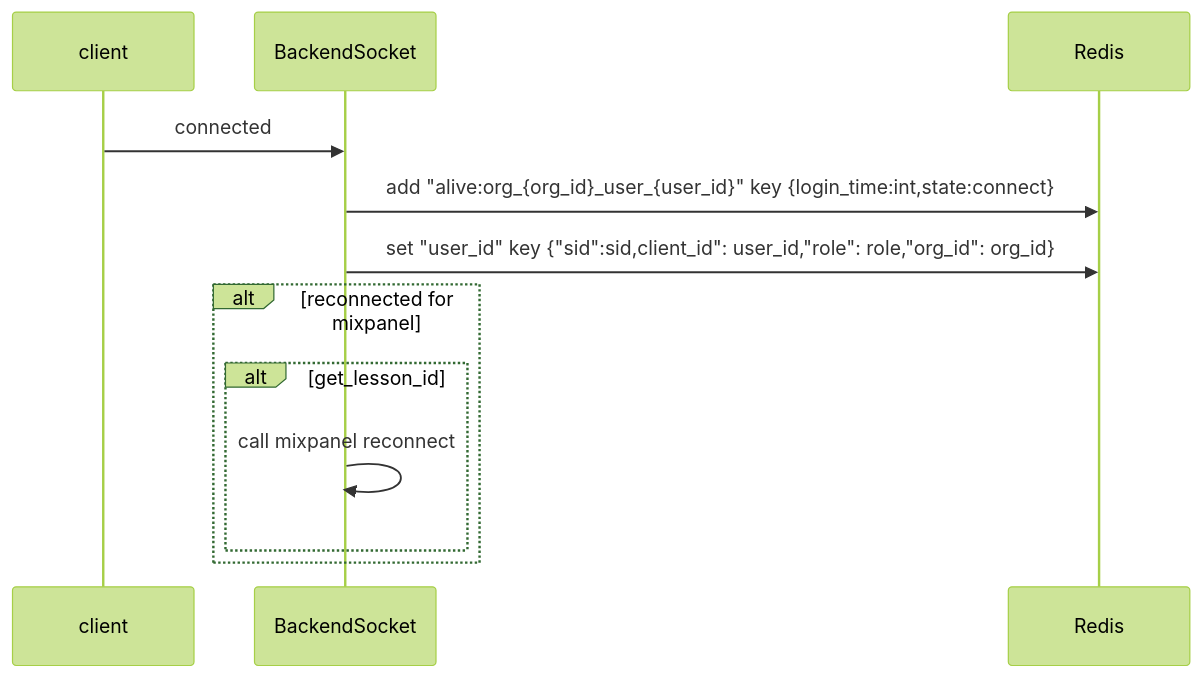
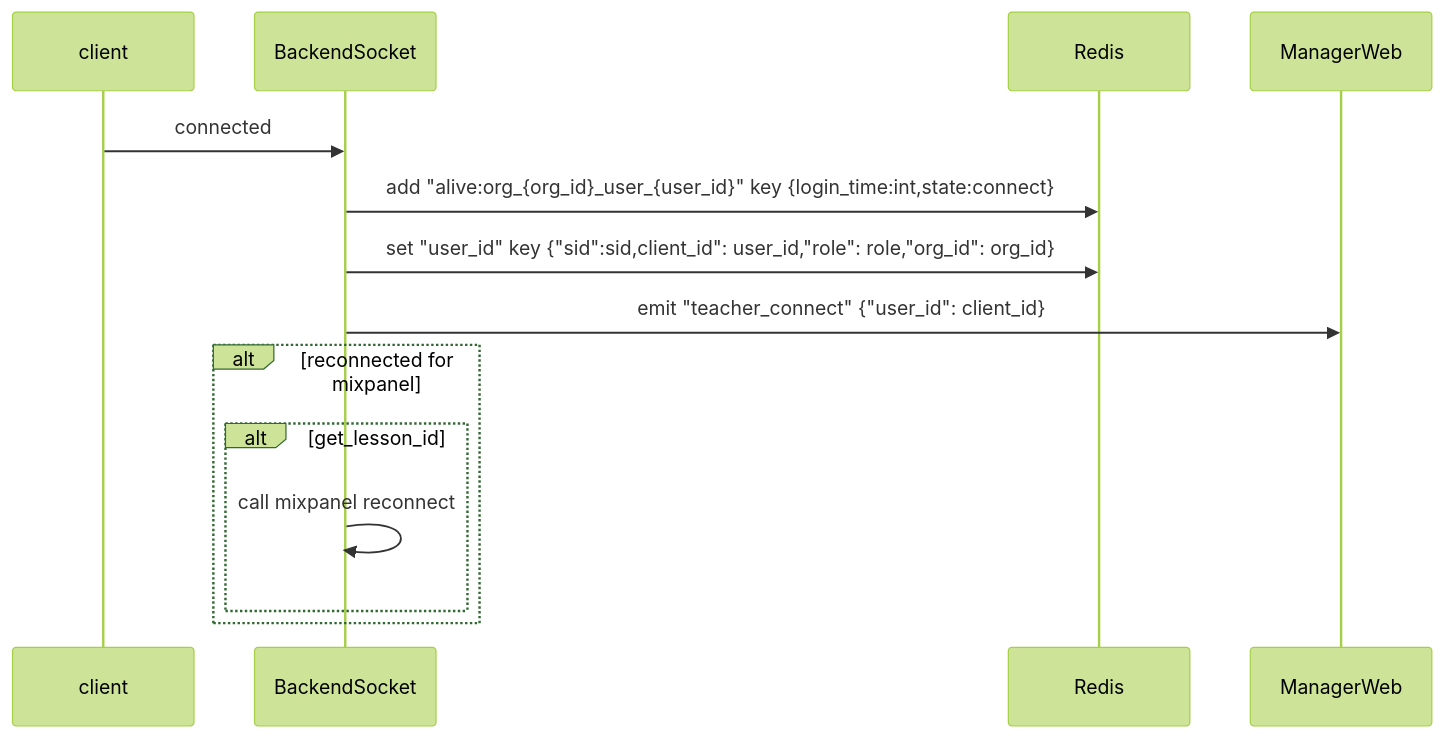
One commit to claire0613/ocelot_docs changed the seventh of 16 diagrams in socket_event.md. Above: the diagram before and after it, drawn with Mermaid (forest theme). The commit also changed other lines of this file and 4 other files, not shown here.

````diff
--- a/socket_event.md
+++ b/socket_event.md
@@ -12,26 +145,30 @@
-```mermaid
-sequenceDiagram
+    ```mermaid
+    sequenceDiagram
 
-        participant A as client
-        participant B as BackendSocket
-        participant R as Redis
+            participant A as client
+            participant B as BackendSocket
+            participant R as Redis
+            participant M as ManagerWeb
 
-        A->>B: connected
-        B->>R:add "alive:org_{org_id}_user_{user_id}" key {login_time:int,state:connect}
-        B->>R: set "user_id" key {"sid":sid,client_id": user_id,"role": role,"org_id": org_id}
-        alt reconnected for mixpanel
-            alt get_lesson_id
-                B->>B:call mixpanel reconnect
-                %% B->>R:check "lesson_room_{lesson_id}" key exists
-                %%alt if not "lesson_room_{lesson_id}" key exists
-                    %%B->>DB: query DB
-                    %%DB->>B: room_id
-                    %%B->>R: set lesson_room_{lesson_id}" key
-                %%end
 
-                %%B->>B:call mixpanel reconnect
+
+            A->>B: connected
+            B->>R:add "alive:org_{org_id}_user_{user_id}" key {login_time:int,state:connect}
+            B->>R: set "user_id" key {"sid":sid,client_id": user_id,"role": role,"org_id": org_id}
+            B->>M: emit "teacher_connect"  {"user_id": client_id}
+            alt reconnected for mixpanel
+                alt get_lesson_id
+                    B->>B:call mixpanel reconnect
+                    %% B->>R:check "lesson_room_{lesson_id}" key exists
+                    %%alt if not "lesson_room_{lesson_id}" key exists
+                        %%B->>DB: query DB
+                        %%DB->>B: room_id
+                        %%B->>R: set lesson_room_{lesson_id}" key
+                    %%end
+
+                    %%B->>B:call mixpanel reconnect
+                end
+
             end
 
-        end
-
-```
+    ```
````
